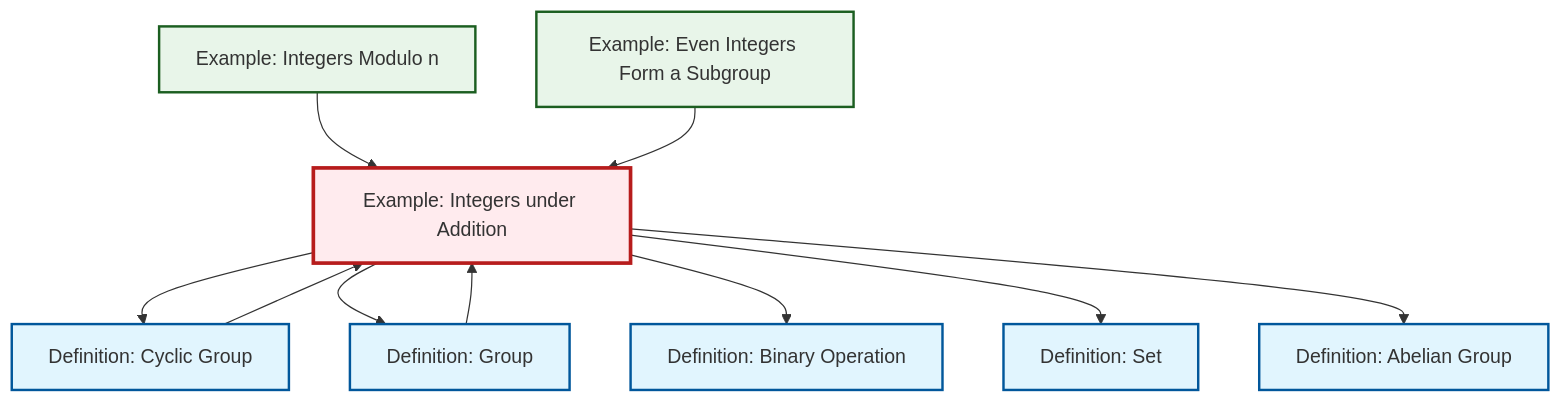
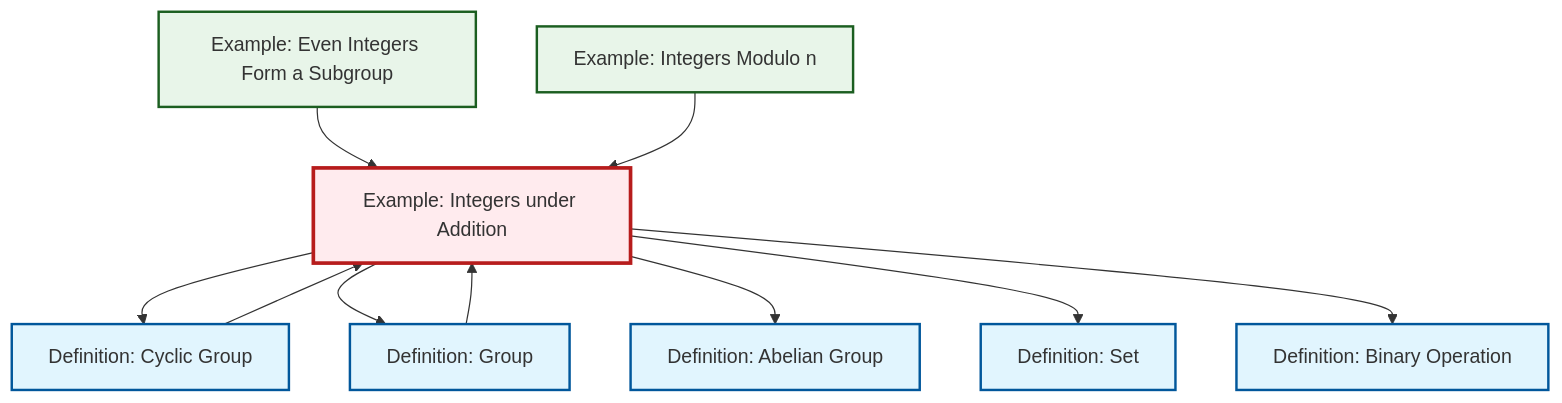
One commit to RK0429/ModernMath changed the diagram in content/ja/algebra/ex-integers-addition.qmd. Above: the diagram before and after it, drawn with Mermaid. The commit also changed other lines of this file and 497 other files, not shown here.

````diff
--- a/content/ja/algebra/ex-integers-addition.qmd
+++ b/content/ja/algebra/ex-integers-addition.qmd
@@ -74,34 +74,34 @@
 ```{mermaid}
 %%| fig-cap: "Local dependency graph"
 graph TD
     classDef definition fill:#e1f5fe,stroke:#01579b,stroke-width:2px
     classDef theorem fill:#f3e5f5,stroke:#4a148c,stroke-width:2px
     classDef axiom fill:#fff3e0,stroke:#e65100,stroke-width:2px
     classDef example fill:#e8f5e9,stroke:#1b5e20,stroke-width:2px
     classDef current fill:#ffebee,stroke:#b71c1c,stroke-width:3px
-    ex-even-integers-subgroup["Example: Even Integers Form a Subgroup"]:::example
-    ex-integers-addition["Example: Integers under Addition"]:::example
-    def-abelian-group["Definition: Abelian Group"]:::definition
     ex-quotient-integers-mod-n["Example: Integers Modulo n"]:::example
     def-set["Definition: Set"]:::definition
     def-cyclic-group["Definition: Cyclic Group"]:::definition
+    def-binary-operation["Definition: Binary Operation"]:::definition
     def-group["Definition: Group"]:::definition
-    def-binary-operation["Definition: Binary Operation"]:::definition
+    ex-integers-addition["Example: Integers under Addition"]:::example
+    def-abelian-group["Definition: Abelian Group"]:::definition
+    ex-even-integers-subgroup["Example: Even Integers Form a Subgroup"]:::example
+    ex-integers-addition --> def-cyclic-group
+    ex-integers-addition --> def-group
+    ex-integers-addition --> def-abelian-group
     def-cyclic-group --> ex-integers-addition
+    ex-integers-addition --> def-set
+    ex-even-integers-subgroup --> ex-integers-addition
+    ex-integers-addition --> def-binary-operation
+    def-group --> ex-integers-addition
     ex-quotient-integers-mod-n --> ex-integers-addition
-    def-group --> ex-integers-addition
-    ex-integers-addition --> def-cyclic-group
-    ex-even-integers-subgroup --> ex-integers-addition
-    ex-integers-addition --> def-group
-    ex-integers-addition --> def-binary-operation
-    ex-integers-addition --> def-set
-    ex-integers-addition --> def-abelian-group
     class ex-integers-addition current
-    click ex-even-integers-subgroup "ex-even-integers-subgroup.html" "Example: Even Integers Form a Subgroupへ"
-    click def-abelian-group "def-abelian-group.html" "Definition: Abelian Groupへ"
     click ex-quotient-integers-mod-n "ex-quotient-integers-mod-n.html" "Example: Integers Modulo nへ"
     click def-set "def-set.html" "Definition: Setへ"
     click def-cyclic-group "def-cyclic-group.html" "Definition: Cyclic Groupへ"
+    click def-binary-operation "def-binary-operation.html" "Definition: Binary Operationへ"
     click def-group "def-group.html" "Definition: Groupへ"
-    click def-binary-operation "def-binary-operation.html" "Definition: Binary Operationへ"
+    click def-abelian-group "def-abelian-group.html" "Definition: Abelian Groupへ"
+    click ex-even-integers-subgroup "ex-even-integers-subgroup.html" "Example: Even Integers Form a Subgroupへ"
 ```
````
